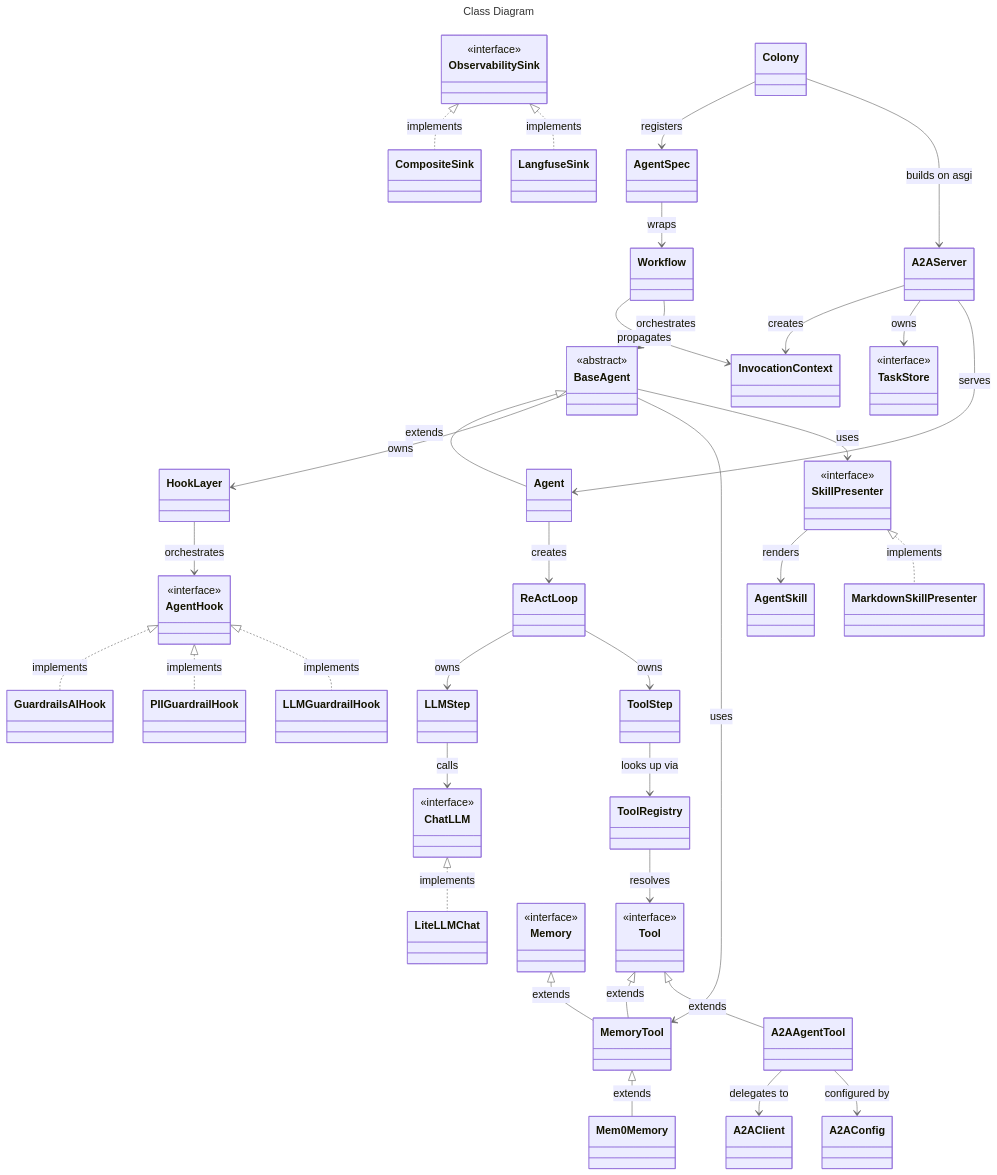
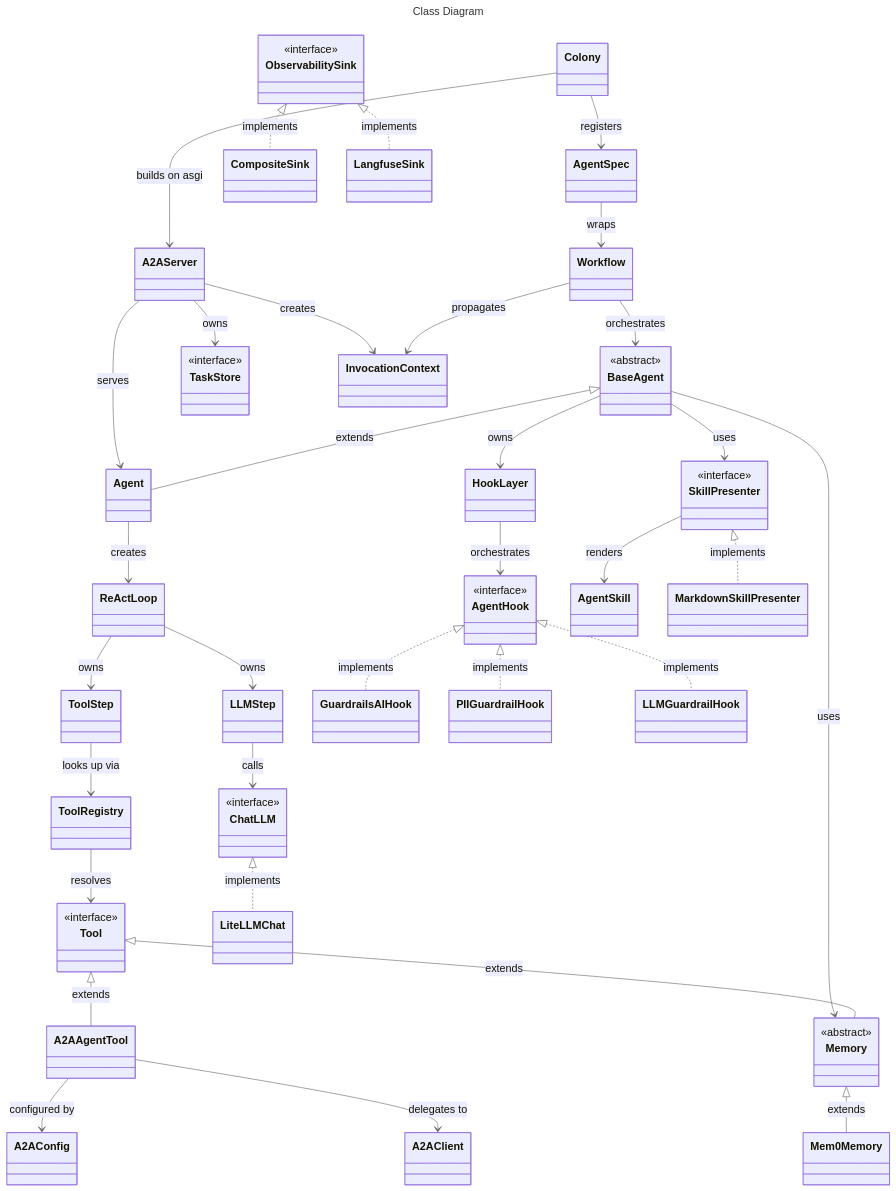
One commit to idea-idsia/ant-ai changed the diagram in docs/docs/architecture/class-diagram.mmd. Above: the diagram before and after it, drawn with Mermaid. The commit also changed 16 other files, not shown here.

First line of the commit message:
refactor(memory): make Memory the base class of memory tools

```diff
--- a/docs/docs/architecture/class-diagram.mmd
+++ b/docs/docs/architecture/class-diagram.mmd
@@ -1,59 +1,58 @@
 ---
 title: Class Diagram
 config:
   themeVariables:
     background: '#ffffff'
     primaryColor: '#E9E1FF'
     primaryTextColor: '#222222'
     primaryBorderColor: '#8B6DFF'
     lineColor: '#666666'
     secondaryColor: '#F5F2FF'
     tertiaryColor: '#FBFAFF'
     clusterBkg: '#F3F3F3'
     clusterBorder: '#CFCFCF'
     fontSize: '18px'
 ---
 classDiagram
     direction TB
     class BaseAgent { <<abstract>> }
     class ChatLLM { <<interface>> }
     class Tool { <<interface>> }
-    class Memory { <<interface>> }
+    class Memory { <<abstract>> }
     class AgentHook { <<interface>> }
     class SkillPresenter { <<interface>> }
     class ObservabilitySink { <<interface>> }
     class TaskStore { <<interface>> }
     class InvocationContext
     A2AServer --> InvocationContext : creates
     Workflow --> InvocationContext : propagates
     Colony --> AgentSpec : registers
     Colony --> A2AServer : builds on asgi
     AgentSpec --> Workflow : wraps
     A2AServer --> TaskStore : owns
     A2AServer --> Agent : serves
     Workflow --> BaseAgent : orchestrates
     BaseAgent <|-- Agent : extends
     BaseAgent --> HookLayer : owns
-    BaseAgent --> MemoryTool : uses
+    BaseAgent --> Memory : uses
     BaseAgent --> SkillPresenter : uses
     Agent --> ReActLoop : creates
     ReActLoop --> LLMStep : owns
     ReActLoop --> ToolStep : owns
     LLMStep --> ChatLLM : calls
     ToolStep --> ToolRegistry : looks up via
     ToolRegistry --> Tool : resolves
-    Tool <|-- MemoryTool : extends
-    Memory <|-- MemoryTool : extends
+    Tool <|-- Memory : extends
     HookLayer --> AgentHook : orchestrates
     AgentHook <|.. GuardrailsAIHook : implements
     AgentHook <|.. PIIGuardrailHook : implements
     AgentHook <|.. LLMGuardrailHook : implements
     SkillPresenter --> AgentSkill : renders
     SkillPresenter <|.. MarkdownSkillPresenter : implements
     Tool <|-- A2AAgentTool : extends
     A2AAgentTool --> A2AClient : delegates to
     A2AAgentTool --> A2AConfig : configured by
     ChatLLM <|.. LiteLLMChat : implements
-    MemoryTool <|-- Mem0Memory : extends
+    Memory <|-- Mem0Memory : extends
     ObservabilitySink <|.. CompositeSink : implements
     ObservabilitySink <|.. LangfuseSink : implements
```
